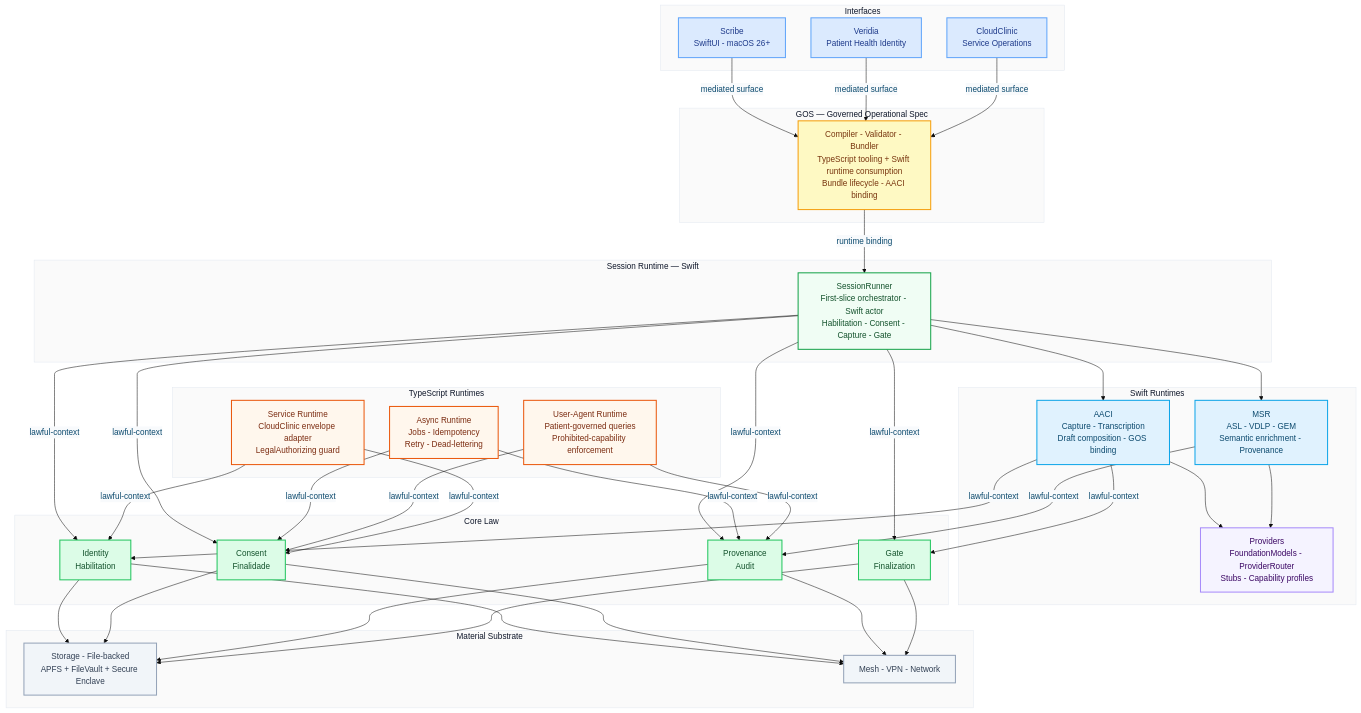
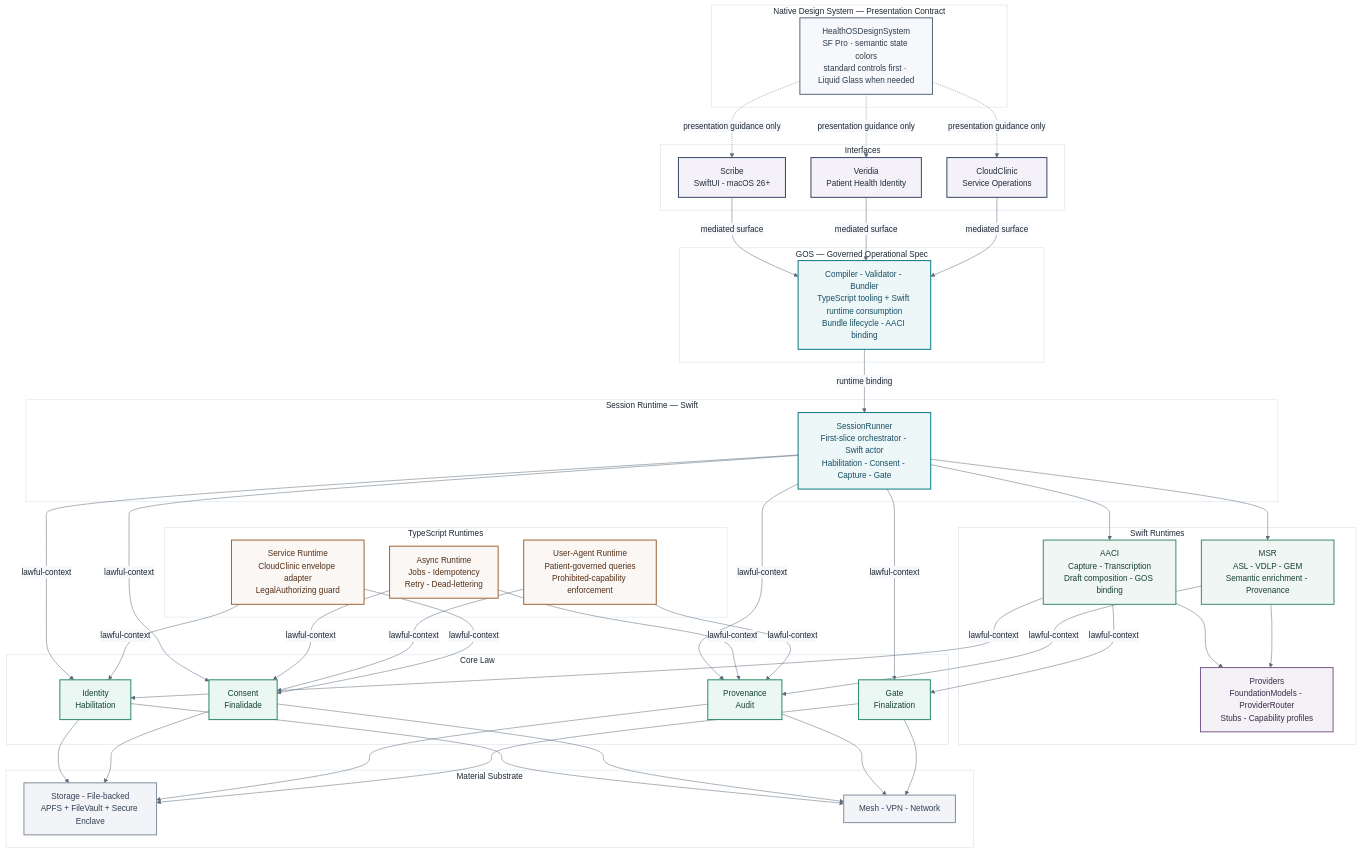
The second of 12 diagrams in README.md (myselfgus/HealthOScaffold), drawn with Mermaid before and after one commit. The commit also changed other lines of this file, not shown here.

Commit message:
docs(readme): align diagrams with design system

````diff
--- a/README.md
+++ b/README.md
@@ -88,19 +95,24 @@
 ```mermaid
-%%{init: {'theme': 'base', 'themeVariables': {'primaryColor': '#f0f9ff', 'primaryBorderColor': '#bae6fd', 'primaryTextColor': '#0c4a6e', 'clusterBkg': '#fafafa', 'clusterBorder': '#e2e8f0', 'titleColor': '#0f172a', 'edgeLabelBackground': '#f8fafc', 'fontFamily': 'ui-sans-serif, system-ui, -apple-system'}}}%%
+%%{init: {'theme': 'base', 'themeVariables': {'primaryColor': '#F6F8FB', 'primaryBorderColor': '#D6DEE8', 'primaryTextColor': '#1D2733', 'clusterBkg': '#FFFFFF', 'clusterBorder': '#D6DEE8', 'titleColor': '#1D2733', 'lineColor': '#5B6B7C', 'edgeLabelBackground': '#F6F8FB', 'fontFamily': 'ui-rounded, -apple-system, BlinkMacSystemFont, sans-serif'}}}%%
 graph TD
-    classDef iface    fill:#dbeafe,stroke:#60a5fa,stroke-width:2px,color:#1e3a8a
-    classDef gos      fill:#fef9c3,stroke:#f59e0b,stroke-width:2px,color:#78350f
-    classDef session  fill:#f0fdf4,stroke:#16a34a,stroke-width:2px,color:#14532d
-    classDef swift    fill:#e0f2fe,stroke:#0ea5e9,stroke-width:2px,color:#0c4a6e
-    classDef tsrt     fill:#fff7ed,stroke:#ea580c,stroke-width:2px,color:#7c2d12
-    classDef provider fill:#f5f3ff,stroke:#a78bfa,stroke-width:2px,color:#3b0764
-    classDef core     fill:#dcfce7,stroke:#22c55e,stroke-width:2px,color:#14532d
-    classDef substrate fill:#f1f5f9,stroke:#94a3b8,stroke-width:2px,color:#334155
+    classDef iface    fill:#F4F2F8,stroke:#3B4A6B,stroke-width:2px,color:#202A3A
+    classDef design   fill:#F6F8FB,stroke:#5B6B7C,stroke-width:2px,color:#2F3C4A
+    classDef gos      fill:#EEF7F8,stroke:#0E7C86,stroke-width:2px,color:#164E63
+    classDef session  fill:#EEF7F8,stroke:#0E7C86,stroke-width:2px,color:#164E63
+    classDef swift    fill:#F0F6F3,stroke:#3E8E6F,stroke-width:2px,color:#174234
+    classDef tsrt     fill:#FAF7F4,stroke:#A1693A,stroke-width:2px,color:#553018
+    classDef provider fill:#F5F2F7,stroke:#7B5E8E,stroke-width:2px,color:#3A2946
+    classDef core     fill:#EAF7F2,stroke:#2E8C6A,stroke-width:2px,color:#174234
+    classDef substrate fill:#F2F4F7,stroke:#8793A1,stroke-width:2px,color:#334155
 
     subgraph IFACE["  Interfaces  "]
         SC[Scribe\nSwiftUI - macOS 26+]
         SO[Veridia\nPatient Health Identity]
         CC[CloudClinic\nService Operations]
+    end
+
+    subgraph DS_L["  Native Design System — Presentation Contract  "]
+        DS[HealthOSDesignSystem\nSF Pro · semantic state colors\nstandard controls first · Liquid Glass when needed]
     end
 
     subgraph GOS_L["  GOS — Governed Operational Spec  "]
@@ -135,6 +147,9 @@
         NE[Mesh - VPN - Network]
     end
 
+    DS -. presentation guidance only .-> SC
+    DS -. presentation guidance only .-> SO
+    DS -. presentation guidance only .-> CC
     SC -->|mediated surface| GOS
     SO -->|mediated surface| GOS
     CC -->|mediated surface| GOS
@@ -166,6 +181,7 @@
     GA --> NE
 
     class SC,SO,CC iface
+    class DS design
     class GOS gos
     class SR session
     class AACI,MSR swift
````
